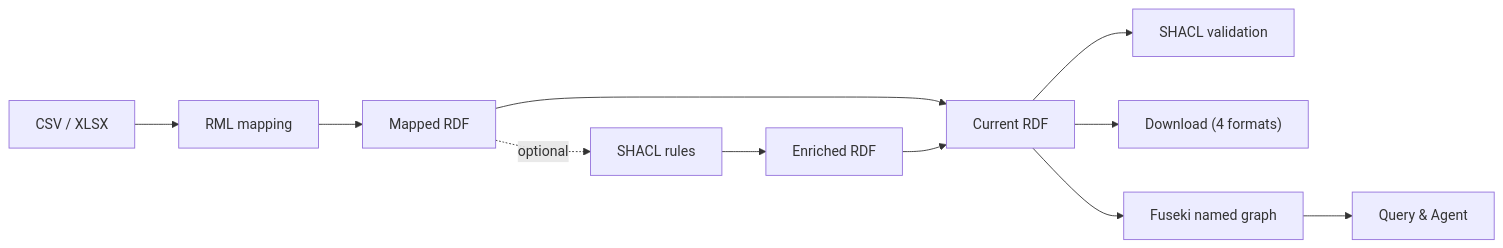
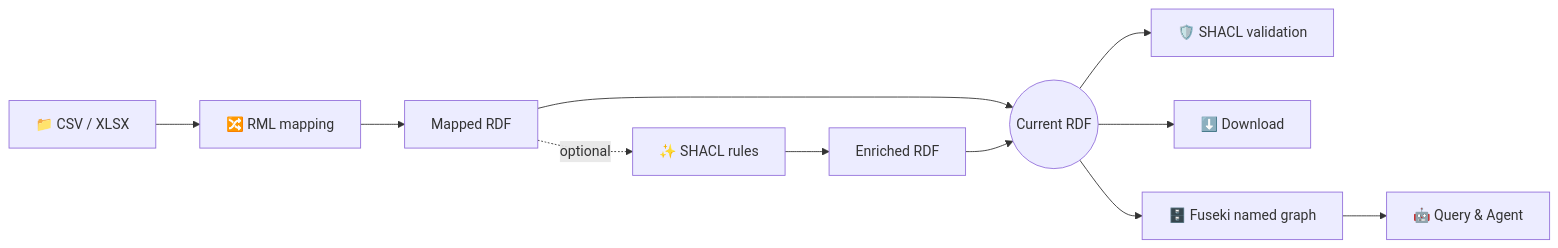
Before and after one commit to ShehabEldeenAyman/Generic-Dashboard-System: the diagram in README.md, drawn with Mermaid. The commit also changed other lines of this file and 4 other files, not shown here.

````diff
--- a/README.md
+++ b/README.md
@@ -32,13 +50,13 @@
 ```mermaid
 flowchart LR
-    A["CSV / XLSX"] --> B["RML mapping"]
+    A["📁 CSV / XLSX"] --> B["🔀 RML mapping"]
     B --> R["Mapped RDF"]
-    R -. optional .-> S["SHACL rules"]
+    R -. optional .-> S["✨ SHACL rules"]
     S --> E["Enriched RDF"]
-    R --> C["Current RDF"]
+    R --> C(("Current RDF"))
     E --> C
-    C --> V["SHACL validation"]
-    C --> D["Download (4 formats)"]
-    C --> F["Fuseki named graph"]
-    F --> Q["Query & Agent"]
+    C --> V["🛡️ SHACL validation"]
+    C --> D["⬇️ Download"]
+    C --> F["🗄️ Fuseki named graph"]
+    F --> Q["🤖 Query & Agent"]
 ```
````
